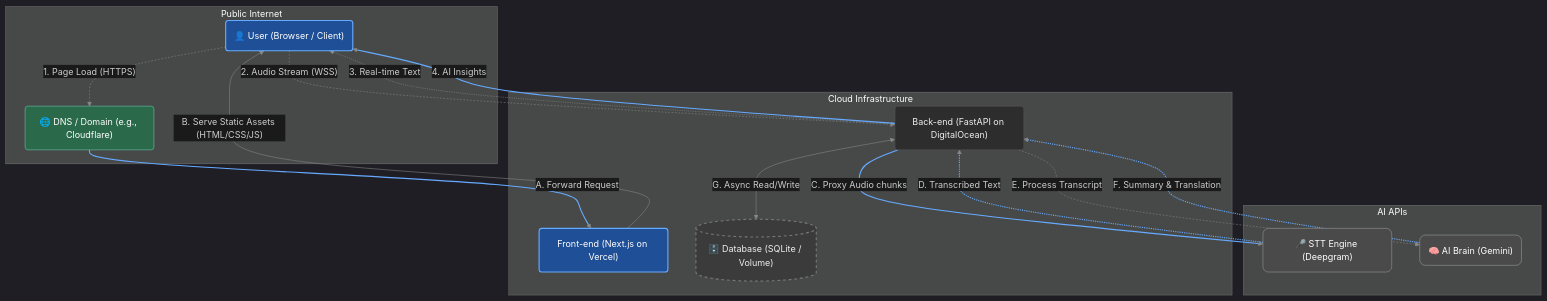
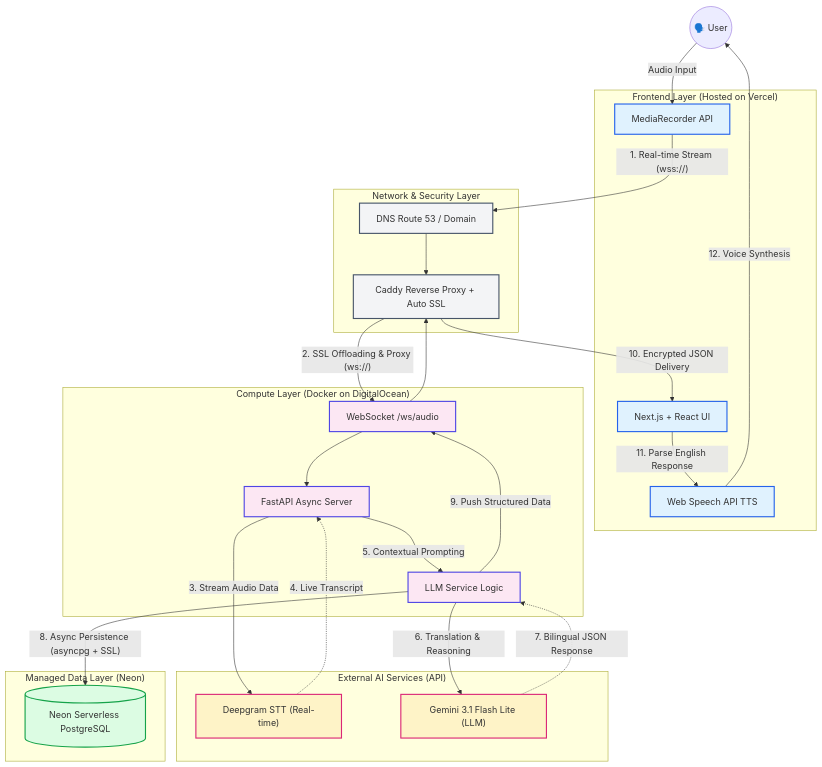
The diagram in README.md (Ryan-z-Feng-ccsf/ai-call-assistant), drawn with Mermaid before and after one commit.

Commit message:
Update README with project architecture overview and features

````diff
--- a/README.md
+++ b/README.md
@@ -36,63 +36,64 @@
 ```mermaid
-%%{init: {'theme': 'dark', 'themeVariables': { 'primaryColor': '#1a1a1b', 'edgeLabelBackground':'#1a1a1b', 'tertiaryColor': '#1a1a1b'}}}%%
 graph TD
-    %% Define Nodes
-    User("👤 User (Browser / Client)")
-    Vercel("Front-end (Next.js on Vercel)")
-    DNS("🌐 DNS / Domain (e.g., Cloudflare)")
-    DO("Back-end (FastAPI on DigitalOcean)")
-    SQLite[("🗄️ Database (SQLite / Volume)")]
-    Deepgram("🎤 STT Engine (Deepgram)")
-    Gemini("🧠 AI Brain (Gemini)")
+    %% Style Definitions
+    classDef frontend fill:#e0f2fe,stroke:#2563eb,stroke-width:2px
+    classDef backend fill:#fce7f3,stroke:#4f46e5,stroke-width:2px
+    classDef external fill:#fef3c7,stroke:#db2777,stroke-width:2px
+    classDef db fill:#dcfce3,stroke:#16a34a,stroke-width:2px
+    classDef network fill:#f3f4f6,stroke:#475569,stroke-width:2px
 
-    %% Define Subgraphs
-    subgraph "Public Internet"
-        User
-        DNS
+    User((🗣️ User))
+
+    subgraph Frontend_Vercel ["Frontend Layer (Hosted on Vercel)"]
+        UI[Next.js + React UI]:::frontend
+        Mic[MediaRecorder API]:::frontend
+        TTS[Web Speech API TTS]:::frontend
     end
 
-    subgraph "Cloud Infrastructure"
-        Vercel
-        DO
-        SQLite
+    subgraph Network_Layer ["Network & Security Layer"]
+        DNS[DNS Route 53 / Domain]:::network
+        Caddy[Caddy Reverse Proxy + Auto SSL]:::network
     end
 
-    subgraph "AI APIs"
-        Deepgram
-        Gemini
+    subgraph Backend_Server ["Compute Layer (Docker on DigitalOcean)"]
+        WS[WebSocket /ws/audio]:::backend
+        FastAPI[FastAPI Async Server]:::backend
+        LLM[LLM Service Logic]:::backend
     end
 
-    %% Define Edges and Labels
-    User -.->|"1. Page Load (HTTPS)"| DNS
-    DNS ==>|"A. Forward Request"| Vercel
-    Vercel -->|"B. Serve Static Assets (HTML/CSS/JS)"| User
+    subgraph External_AI ["External AI Services (API)"]
+        Deepgram["Deepgram STT (Real-time)"]:::external
+        Gemini["Gemini 3.1 Flash Lite (LLM)"]:::external
+    end
 
-    User ==>|"2. Audio Stream (WSS)"| DO
-    DO ==>|"C. Proxy Audio chunks"| Deepgram
-    Deepgram -.->|"D. Transcribed Text"| DO
-    DO -.->|"3. Real-time Text"| User
+    subgraph Cloud_DB ["Managed Data Layer (Neon)"]
+        Postgres[(Neon Serverless PostgreSQL)]:::db
+    end
 
-    DO ==>|"E. Process Transcript"| Gemini
-    Gemini -.->|"F. Summary & Translation"| DO
-    DO -->|"4. AI Insights"| User
+    %% Data Flow
+    User -- "Audio Input" --> Mic
+    Mic -- "1. Real-time Stream (wss://)" --> DNS
+    DNS --> Caddy
+    Caddy -- "2. SSL Offloading & Proxy (ws://)" --> WS
+    WS --> FastAPI
     
-    DO <==>|"G. Async Read/Write"| SQLite
+    %% AI Pipeline
+    FastAPI -- "3. Stream Audio Data" --> Deepgram
+    Deepgram -. "4. Live Transcript" .-> FastAPI
+    FastAPI -- "5. Contextual Prompting" --> LLM
+    LLM -- "6. Translation & Reasoning" --> Gemini
+    Gemini -. "7. Bilingual JSON Response" .-> LLM
+    
+    %% Database - Key Architectural Highlight
+    LLM -- "8. Async Persistence (asyncpg + SSL)" --> Postgres
+    
+    %% Response Flow
+    LLM -- "9. Push Structured Data" --> WS
+    WS --> Caddy
+    Caddy -- "10. Encrypted JSON Delivery" --> UI
+    UI -- "11. Parse English Response" --> TTS
+    TTS -- "12. Voice Synthesis" --> User
 
-    %% Styling
-    classDef plain fill:#2d2d2d,stroke:#555,stroke-width:1px,color:#eee;
-    classDef db fill:#3b3b3c,stroke:#777,stroke-width:2px,color:#eee,stroke-dasharray: 5 5;
-    classDef api fill:#4a4a4b,stroke:#999,stroke-width:1px,color:#fff,rx:10,ry:10;
-    classDef highlight fill:#1f4f96,stroke:#66aaff,stroke-width:2px,color:#fff;
-    classDef dns fill:#2a6a4a,stroke:#66ccaa,stroke-width:1px,color:#fff;
-
-    class User,Vercel highlight;
-    class DO plain;
-    class SQLite db;
-    class Deepgram,Gemini api;
-    class DNS dns;
-
-    %% Link Styles
-    linkStyle default stroke:#888,stroke-width:1px;
-    linkStyle 1,4,5,8,9 stroke:#66aaff,stroke-width:2px; 
-    linkStyle 0,3,7 stroke:#888,stroke-width:1px,stroke-dasharray: 3 3;
+    %% Footnote
+    class Postgres db
 ```
````
